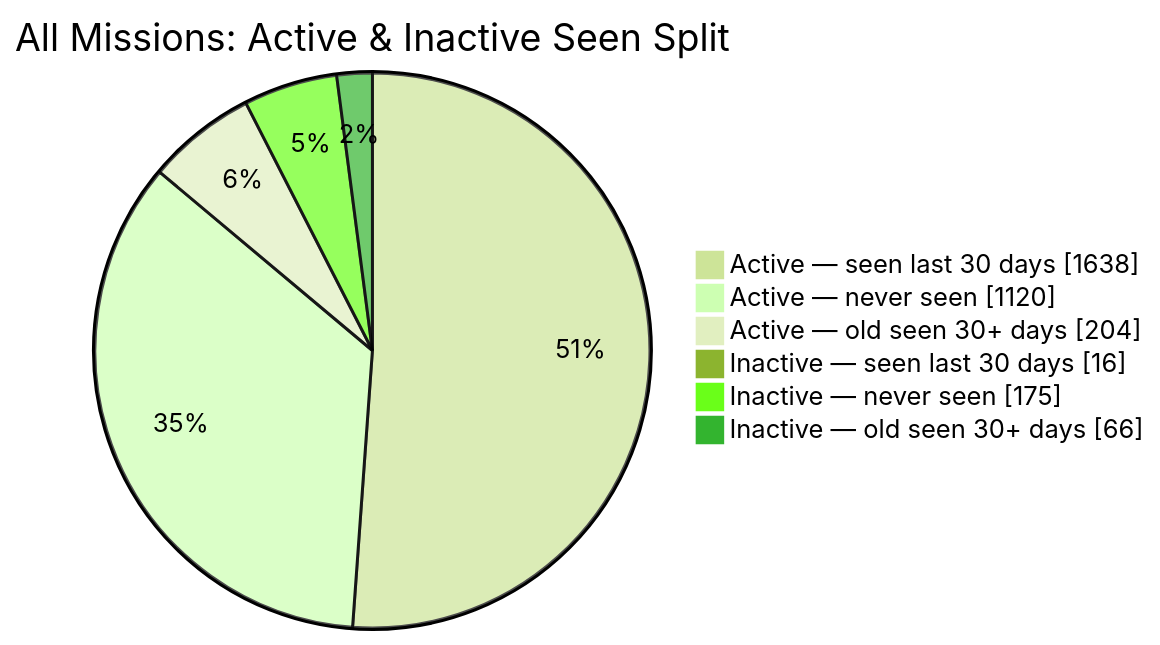
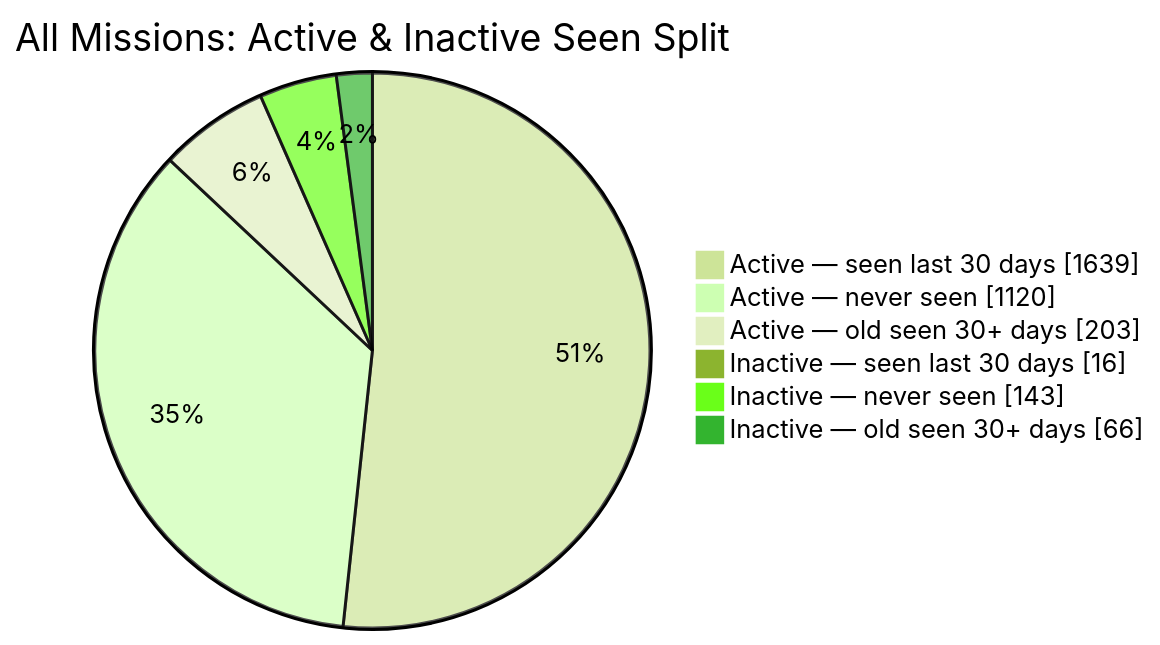
The second of 2 diagrams in README.md (MeldkamerspelGameTeam/active-missions), drawn with Mermaid (forest theme) before and after one commit. The commit also changed other lines of this file and 4 other files, not shown here.

````diff
--- a/README.md
+++ b/README.md
@@ -44,10 +44,10 @@
 ```mermaid
 pie showData
     title All Missions: Active & Inactive Seen Split
-    "Active — seen last 30 days" : 1638
+    "Active — seen last 30 days" : 1639
     "Active — never seen" : 1120
-    "Active — old seen 30+ days" : 204
+    "Active — old seen 30+ days" : 203
     "Inactive — seen last 30 days" : 16
-    "Inactive — never seen" : 175
+    "Inactive — never seen" : 143
     "Inactive — old seen 30+ days" : 66
 ```
````
